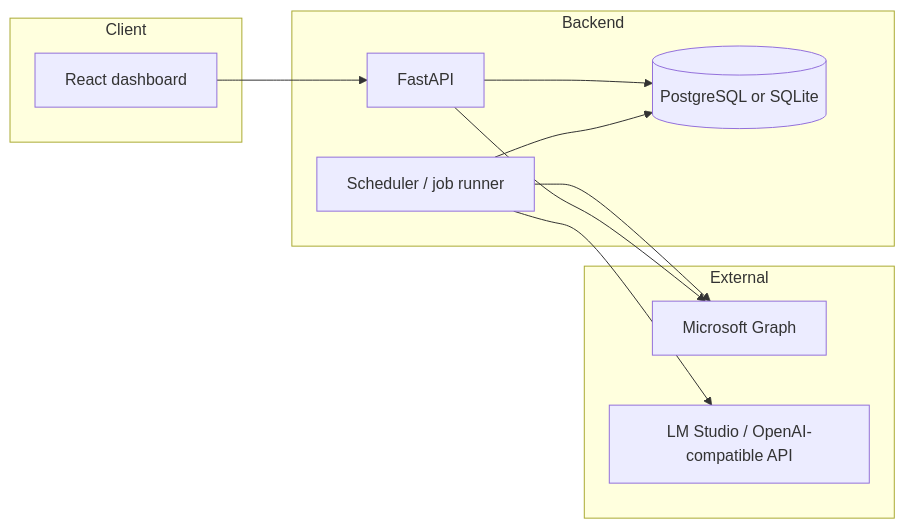
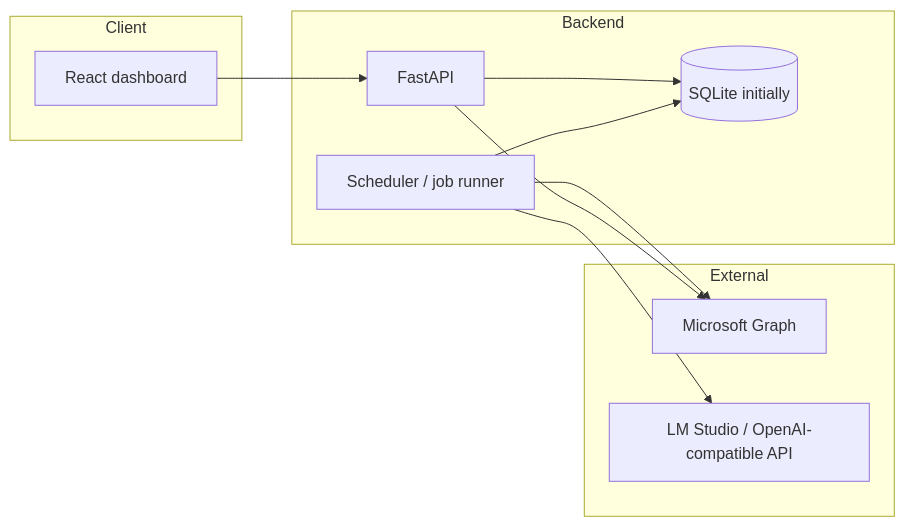
Before and after one commit to Kapital-B/automata: the first of 3 diagrams in docs/specs/initial.md, drawn with Mermaid. The commit also changed other lines of this file, not shown here.

Commit message:
docs(spec): add DDD hexagonal layout and SQLite-first data store

````diff
--- a/docs/specs/initial.md
+++ b/docs/specs/initial.md
@@ -13,21 +13,21 @@
 ```mermaid
 flowchart LR
   subgraph client [Client]
     UI[React dashboard]
   end
   subgraph backend [Backend]
     API[FastAPI]
     Jobs[Scheduler / job runner]
-    DB[(PostgreSQL or SQLite)]
+    DB[(SQLite initially)]
   end
   subgraph external [External]
     Graph[Microsoft Graph]
     LLM[LM Studio / OpenAI-compatible API]
   end
   UI --> API
   API --> DB
   Jobs --> DB
   Jobs --> Graph
   Jobs --> LLM
   API --> Graph
 ```
````
